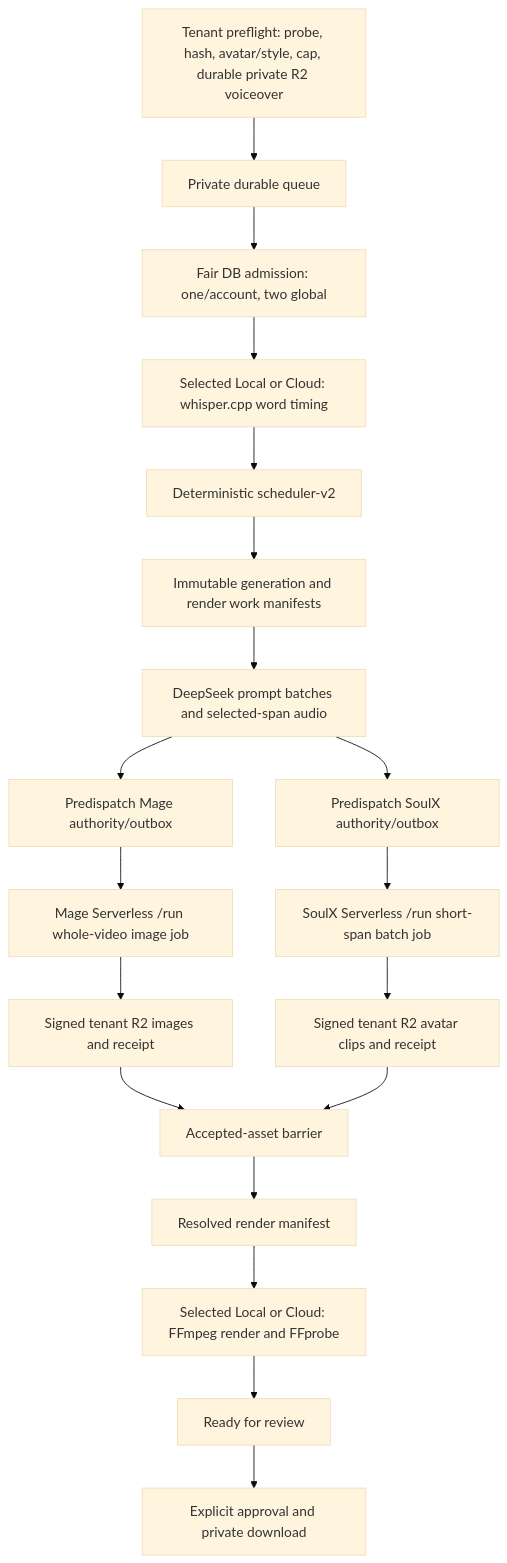
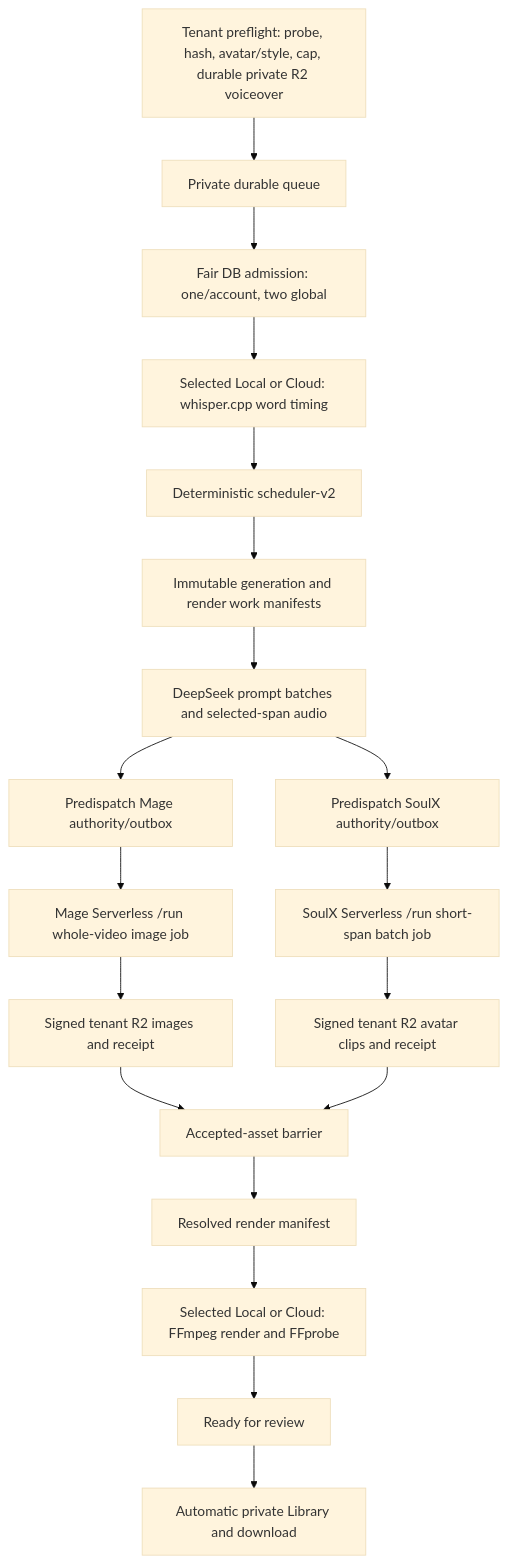
Before and after one commit to Pala-LakshmanSai/videoforge: the diagram in project-context/07_PIPELINE_AND_SCHEDULER.md, drawn with Mermaid (base theme). The commit also changed other lines of this file and 18 other files, not shown here.

````diff
--- a/project-context/07_PIPELINE_AND_SCHEDULER.md
+++ b/project-context/07_PIPELINE_AND_SCHEDULER.md
@@ -32,21 +32,21 @@
 ```mermaid
 flowchart TD
     P["Tenant preflight: probe, hash, avatar/style, cap, durable private R2 voiceover"] --> Q["Private durable queue"]
     Q --> A["Fair DB admission: one/account, two global"]
     A --> T["Selected Local or Cloud: whisper.cpp word timing"]
     T --> S["Deterministic scheduler-v2"]
     S --> WM["Immutable generation and render work manifests"]
     WM --> D["DeepSeek prompt batches and selected-span audio"]
     D --> MI["Predispatch Mage authority/outbox"]
     D --> SI["Predispatch SoulX authority/outbox"]
     MI --> ME["Mage Serverless /run whole-video image job"]
     SI --> SE["SoulX Serverless /run short-span batch job"]
     ME --> MR["Signed tenant R2 images and receipt"]
     SE --> SR["Signed tenant R2 avatar clips and receipt"]
     MR --> B["Accepted-asset barrier"]
     SR --> B
     B --> RM["Resolved render manifest"]
     RM --> F["Selected Local or Cloud: FFmpeg render and FFprobe"]
     F --> R["Ready for review"]
-    R --> AP["Explicit approval and private download"]
+    R --> AP["Automatic private Library and download"]
 ```
````
